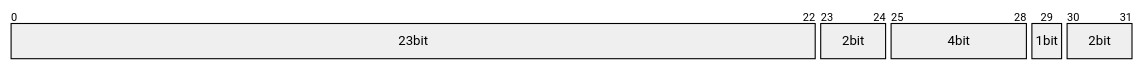
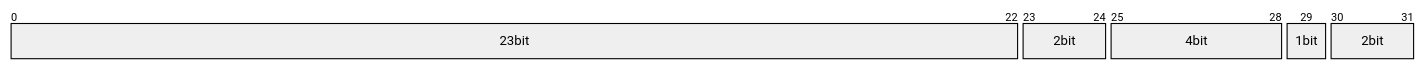
Before and after one commit to duskbat/cs-manual: the first of 15 diagrams in docs/manual/Java/并发.md, drawn with Mermaid. The commit also changed other lines of this file, not shown here.

````diff
--- a/docs/manual/Java/并发.md
+++ b/docs/manual/Java/并发.md
@@ -61,8 +55,13 @@
 ```mermaid
+---
+config:
+  packet:
+    bitWidth: 40
+---
 packet
 0-22: "23bit"
 23-24: "2bit"
 25-28: "4bit"
 29: "1bit"
 30-31: "2bit"
 ```
````
